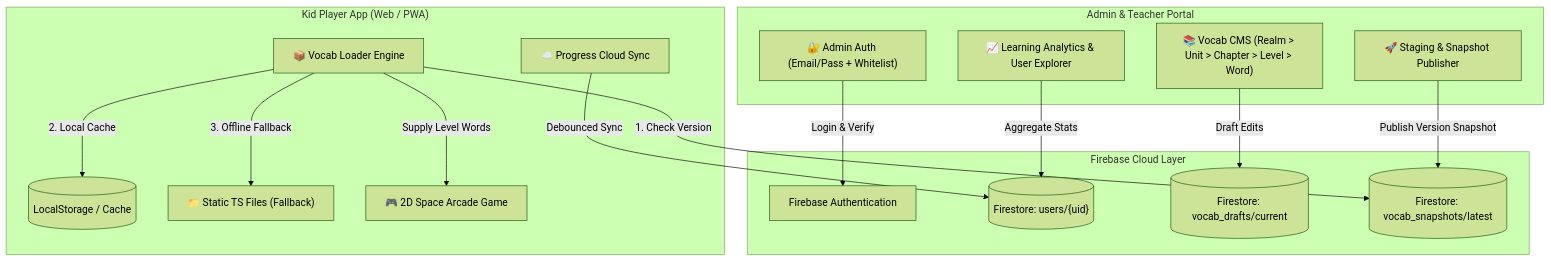
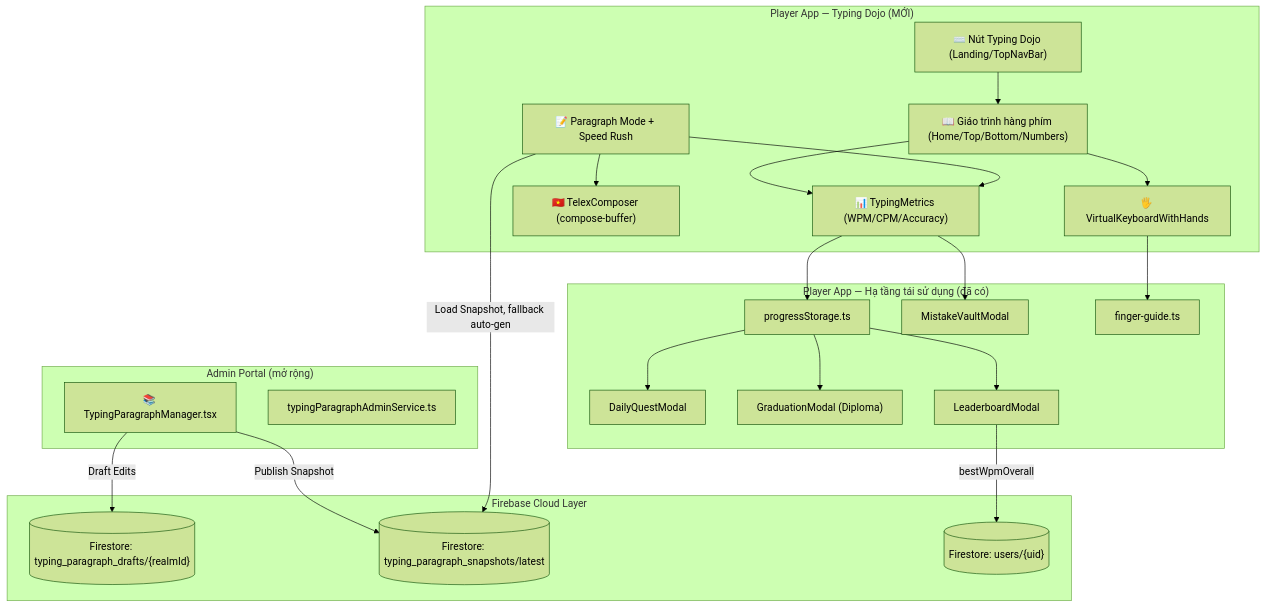
Before and after one commit to vqhuy0925/voca-pew-pew: the diagram in spec.md, drawn with Mermaid (forest theme). The commit also changed other lines of this file and 29 other files, not shown here.

First line of the commit message:
feat(typing): add Typing Dojo module — 10-finger typing curriculum, Vietnamese Telex, paragraph mode & full app integration

````diff
--- a/spec.md
+++ b/spec.md
@@ -15,35 +18,48 @@
 ```mermaid
 graph TD
-    subgraph "Admin & Teacher Portal"
-        AdminAuth["🔐 Admin Auth (Email/Pass + Whitelist)"]
-        VocabCMS["📚 Vocab CMS (Realm > Unit > Chapter > Level > Word)"]
-        PublishEngine["🚀 Staging & Snapshot Publisher"]
-        AnalyticsDash["📈 Learning Analytics & User Explorer"]
+    subgraph "Player App — Typing Dojo (MỚI)"
+        Entry["⌨️ Nút Typing Dojo (Landing/TopNavBar)"]
+        Curriculum["📖 Giáo trình hàng phím (Home/Top/Bottom/Numbers)"]
+        Keyboard["🖐️ VirtualKeyboardWithHands"]
+        Paragraph["📝 Paragraph Mode + Speed Rush"]
+        Telex["🇻🇳 TelexComposer (compose-buffer)"]
+        Metrics["📊 TypingMetrics (WPM/CPM/Accuracy)"]
+    end
+
+    subgraph "Player App — Hạ tầng tái sử dụng (đã có)"
+        Progress["progressStorage.ts"]
+        DailyQuest["DailyQuestModal"]
+        Graduation["GraduationModal (Diploma)"]
+        LeaderboardUI["LeaderboardModal"]
+        MistakeVault["MistakeVaultModal"]
+        FingerGuide["finger-guide.ts"]
+    end
+
+    subgraph "Admin Portal (mở rộng)"
+        ParagraphMgr["📚 TypingParagraphManager.tsx"]
+        ParagraphSvc["typingParagraphAdminService.ts"]
     end
 
     subgraph "Firebase Cloud Layer"
-        FAuth["Firebase Authentication"]
+        FStoreDrafts[("Firestore: typing_paragraph_drafts/{realmId}")]
+        FStoreSnapshots[("Firestore: typing_paragraph_snapshots/latest")]
         FStoreUsers[("Firestore: users/{uid}")]
-        FStoreDrafts[("Firestore: vocab_drafts/current")]
-        FStoreSnapshots[("Firestore: vocab_snapshots/latest")]
     end
 
-    subgraph "Kid Player App (Web / PWA)"
-        VocabLoader["📦 Vocab Loader Engine"]
-        LocalCache[("LocalStorage / Cache")]
-        StaticFallback["📁 Static TS Files (Fallback)"]
-        GameCanvas["🎮 2D Space Arcade Game"]
-        CloudSync["☁️ Progress Cloud Sync"]
-    end
+    Entry --> Curriculum
+    Curriculum --> Keyboard
+    Keyboard --> FingerGuide
+    Curriculum --> Metrics
+    Paragraph --> Metrics
+    Paragraph --> Telex
+    Metrics --> Progress
+    Progress --> DailyQuest
+    Progress --> Graduation
+    Progress --> LeaderboardUI
+    Metrics --> MistakeVault
 
-    AdminAuth -->|Login & Verify| FAuth
-    VocabCMS -->|Draft Edits| FStoreDrafts
-    PublishEngine -->|Publish Version Snapshot| FStoreSnapshots
-    AnalyticsDash -->|Aggregate Stats| FStoreUsers
-
-    CloudSync -->|Debounced Sync| FStoreUsers
-    VocabLoader -->|1. Check Version| FStoreSnapshots
-    VocabLoader -->|2. Local Cache| LocalCache
-    VocabLoader -->|3. Offline Fallback| StaticFallback
-    VocabLoader -->|Supply Level Words| GameCanvas
+    ParagraphMgr -->|Draft Edits| FStoreDrafts
+    ParagraphMgr -->|Publish Snapshot| FStoreSnapshots
+    Paragraph -->|Load Snapshot, fallback auto-gen| FStoreSnapshots
+    LeaderboardUI -->|bestWpmOverall| FStoreUsers
 ```
````
